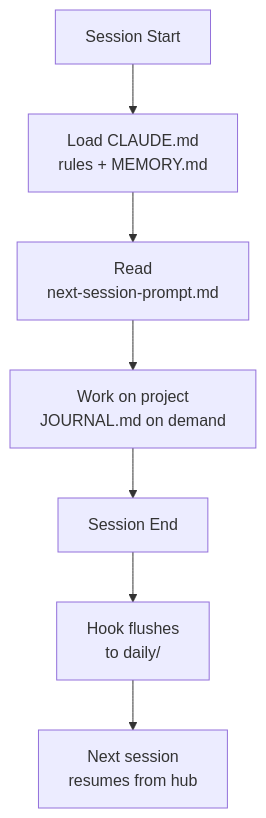
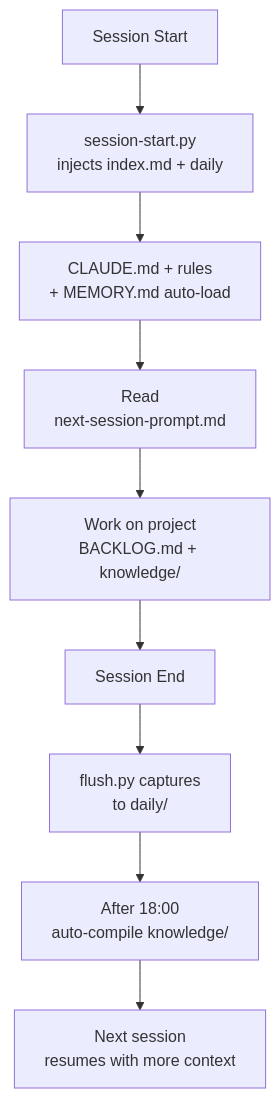
Before and after one commit to awrshift/claude-memory-kit: the diagram in README.md, drawn with Mermaid. The commit also changed other lines of this file and 3 other files, not shown here.

````diff
--- a/README.md
+++ b/README.md
@@ -49,9 +60,11 @@
 ```mermaid
 graph TD
-    A[Session Start] --> B["Load CLAUDE.md<br/>rules + MEMORY.md"]
-    B --> C["Read<br/>next-session-prompt.md"]
-    C --> D["Work on project<br/>JOURNAL.md on demand"]
-    D --> E[Session End]
-    E --> F["Hook flushes<br/>to daily/"]
-    F --> G["Next session<br/>resumes from hub"]
+    A[Session Start] --> B["session-start.py<br/>injects index.md + daily"]
+    B --> C["CLAUDE.md + rules<br/>+ MEMORY.md auto-load"]
+    C --> D["Read<br/>next-session-prompt.md"]
+    D --> E["Work on project<br/>BACKLOG.md + knowledge/"]
+    E --> F[Session End]
+    F --> G["flush.py captures<br/>to daily/"]
+    G --> H["After 18:00<br/>auto-compile knowledge/"]
+    H --> I["Next session<br/>resumes with more context"]
 ```
````
